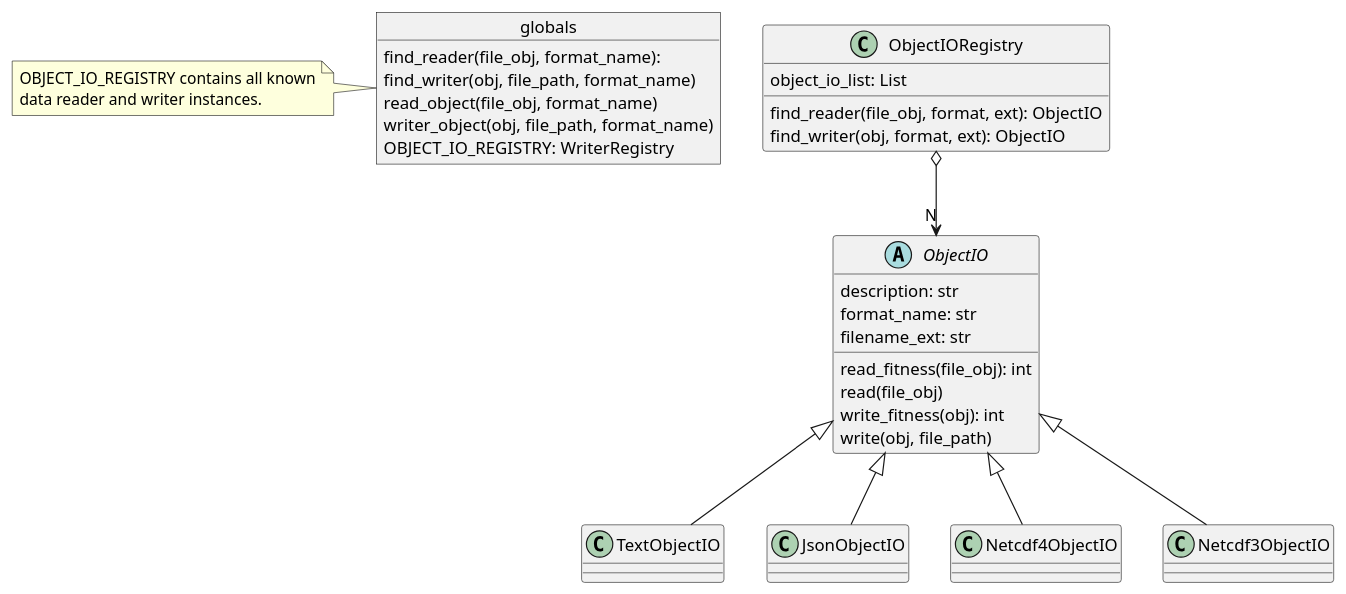
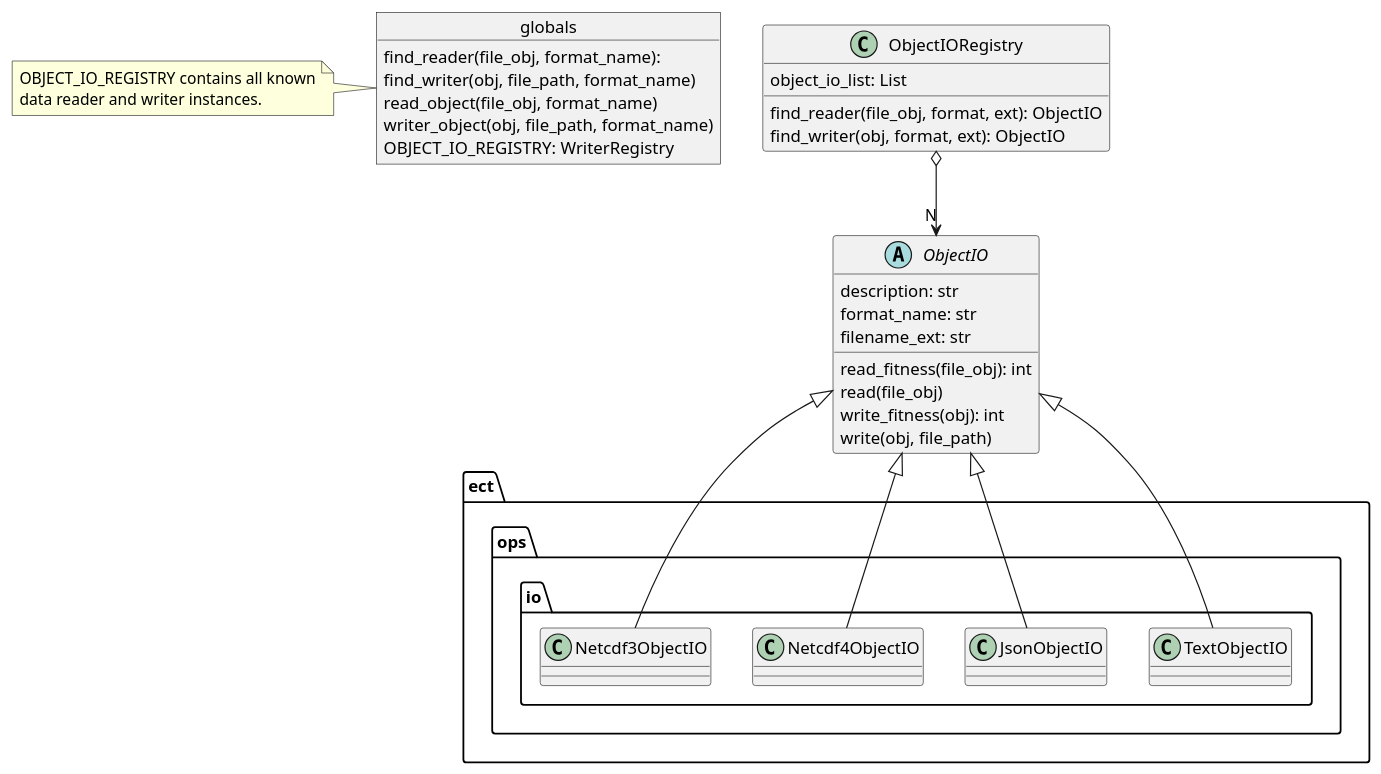
Before and after one commit to CCI-Tools/cate: the diagram in doc/source/uml/objectio.puml, drawn with PlantUML.

Commit message:
updated UML

```diff
--- a/doc/source/uml/objectio.puml
+++ b/doc/source/uml/objectio.puml
@@ -1,47 +1,48 @@
 @startuml
-
-abstract class ObjectIO {
-    description: str
-    format_name: str
-    filename_ext: str
-
-    read_fitness(file_obj): int
-    read(file_obj)
-    write_fitness(obj): int
-    write(obj, file_path)
-}
-
-class TextObjectIO extends ObjectIO {
-}
-
-class JsonObjectIO extends ObjectIO {
-}
-
-class Netcdf4ObjectIO extends ObjectIO {
-}
-
-class Netcdf3ObjectIO extends ObjectIO {
-}
 
 class ObjectIORegistry {
     object_io_list: List
     find_reader(file_obj, format, ext): ObjectIO
     find_writer(obj, format, ext): ObjectIO
 }
 
 ObjectIORegistry o--> "N" ObjectIO
 
 object globals {
     find_reader(file_obj, format_name):
     find_writer(obj, file_path, format_name)
     read_object(file_obj, format_name)
     writer_object(obj, file_path, format_name)
     OBJECT_IO_REGISTRY: WriterRegistry
 }
 
 note left of globals
 OBJECT_IO_REGISTRY contains all known
 data reader and writer instances.
 end note
 
+abstract class ObjectIO {
+    description: str
+    format_name: str
+    filename_ext: str
+
+    read_fitness(file_obj): int
+    read(file_obj)
+    write_fitness(obj): int
+    write(obj, file_path)
+}
+
+class ect.ops.io.TextObjectIO extends ObjectIO {
+}
+
+class ect.ops.io.JsonObjectIO extends ObjectIO {
+}
+
+class ect.ops.io.Netcdf4ObjectIO extends ObjectIO {
+}
+
+class ect.ops.io.Netcdf3ObjectIO extends ObjectIO {
+}
+
+
 @enduml
```
